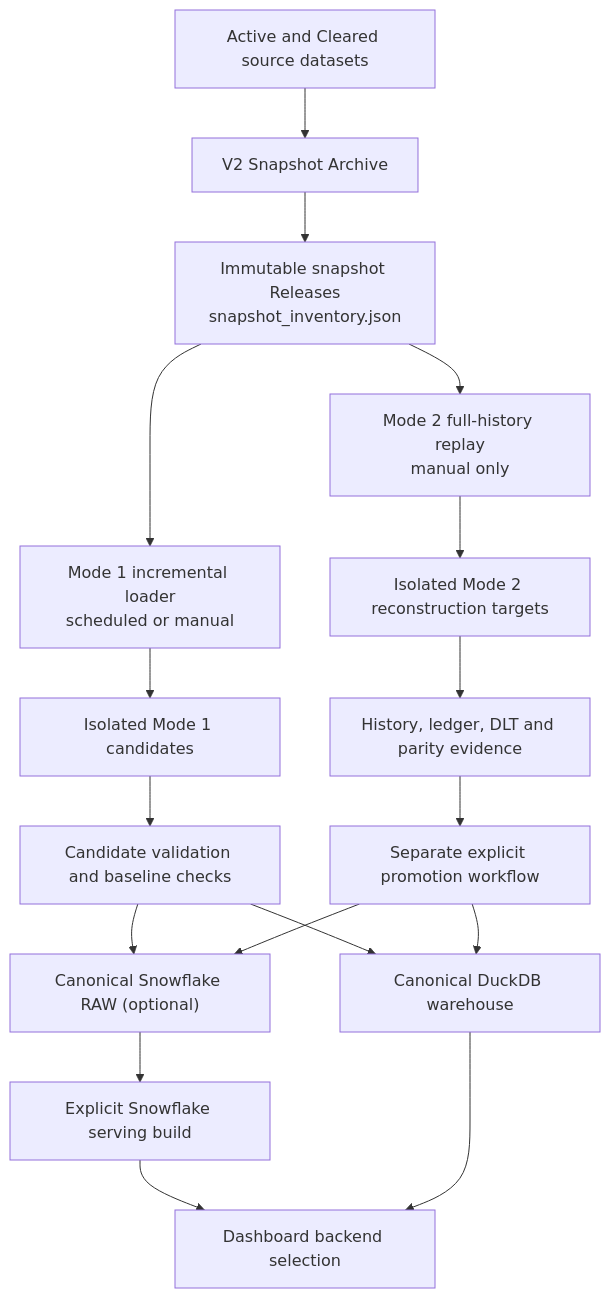
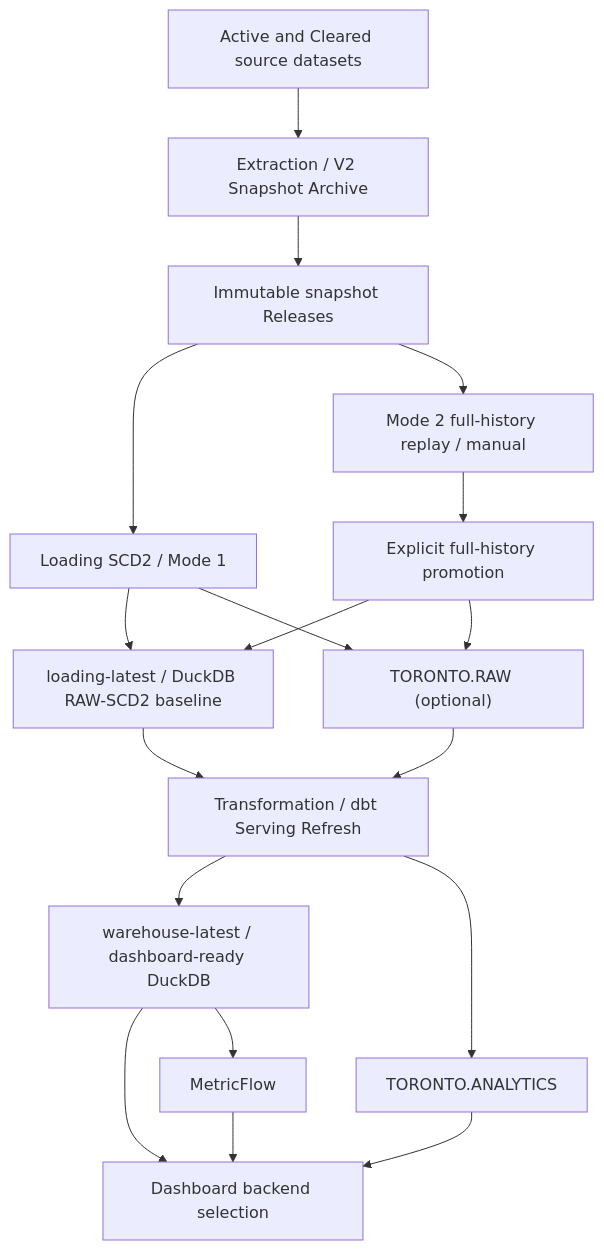
Before and after one commit to gagadanalyst/toronto-housing-bottleneck-analytics: the diagram in docs/snapshot-archive-replay-baseline.md, drawn with Mermaid. The commit also changed other lines of this file and 26 other files, not shown here.

Commit message:
refactor: separate extraction, loading, and transformation pipelines

````diff
--- a/docs/snapshot-archive-replay-baseline.md
+++ b/docs/snapshot-archive-replay-baseline.md
@@ -14,27 +14,23 @@
 ```mermaid
 flowchart TB
     SRC["Active and Cleared source datasets"]
-    EXT["V2 Snapshot Archive"]
-    REL["Immutable snapshot Releases<br/>snapshot_inventory.json"]
-    M1["Mode 1 incremental loader<br/>scheduled or manual"]
-    M2["Mode 2 full-history replay<br/>manual only"]
-    C1["Isolated Mode 1 candidates"]
-    C2["Isolated Mode 2 reconstruction targets"]
-    V1["Candidate validation and baseline checks"]
-    V2["History, ledger, DLT and parity evidence"]
-    PROM["Separate explicit promotion workflow"]
-    DUCK["Canonical DuckDB warehouse"]
-    RAW["Canonical Snowflake RAW (optional)"]
-    SERVE["Explicit Snowflake serving build"]
+    EXT["Extraction / V2 Snapshot Archive"]
+    REL["Immutable snapshot Releases"]
+    LOAD["Loading SCD2 / Mode 1"]
+    LBASE["loading-latest / DuckDB RAW-SCD2 baseline"]
+    TRANS["Transformation / dbt Serving Refresh"]
+    WH["warehouse-latest / dashboard-ready DuckDB"]
+    RAW["TORONTO.RAW (optional)"]
+    AN["TORONTO.ANALYTICS"]
+    MF["MetricFlow"]
     APP["Dashboard backend selection"]
-
-    SRC --> EXT --> REL
-    REL --> M1 --> C1 --> V1
-    REL --> M2 --> C2 --> V2 --> PROM
-    V1 --> DUCK
-    V1 --> RAW
-    PROM --> DUCK
+    M2["Mode 2 full-history replay / manual"]
+    PROM["Explicit full-history promotion"]
+    SRC --> EXT --> REL --> LOAD
+    LOAD --> LBASE --> TRANS --> WH --> APP
+    LOAD --> RAW --> TRANS --> AN --> APP
+    WH --> MF --> APP
+    REL --> M2 --> PROM
+    PROM --> LBASE
     PROM --> RAW
-    RAW --> SERVE --> APP
-    DUCK --> APP
 ```
````
